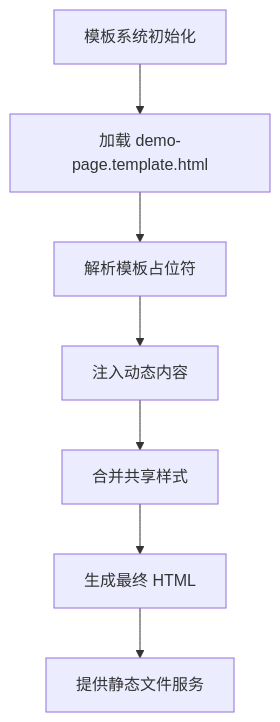
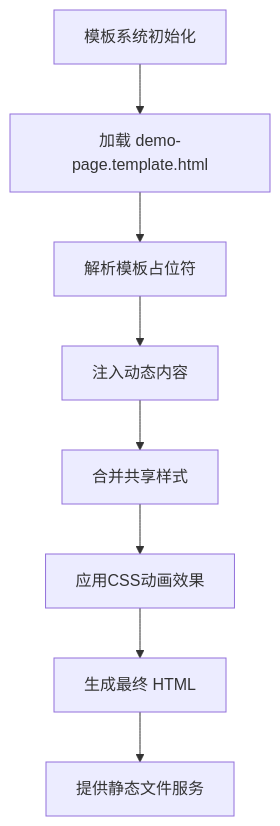
Before and after one commit to esa-sp/test-for-aone-ci: the tenth of 11 diagrams in .qoder/repowiki/zh/content/后端框架测试/后端框架测试.md, drawn with Mermaid. The commit also changed other lines of this file and 51 other files, not shown here.

````diff
--- a/.qoder/repowiki/zh/content/后端框架测试/后端框架测试.md
+++ b/.qoder/repowiki/zh/content/后端框架测试/后端框架测试.md
@@ -390,9 +467,10 @@
 ```mermaid
 flowchart TD
 A["模板系统初始化"] --> B["加载 demo-page.template.html"]
 B --> C["解析模板占位符"]
 C --> D["注入动态内容"]
 D --> E["合并共享样式"]
-E --> F["生成最终 HTML"]
-F --> G["提供静态文件服务"]
+E --> F["应用CSS动画效果"]
+F --> G["生成最终 HTML"]
+G --> H["提供静态文件服务"]
 ```
````
